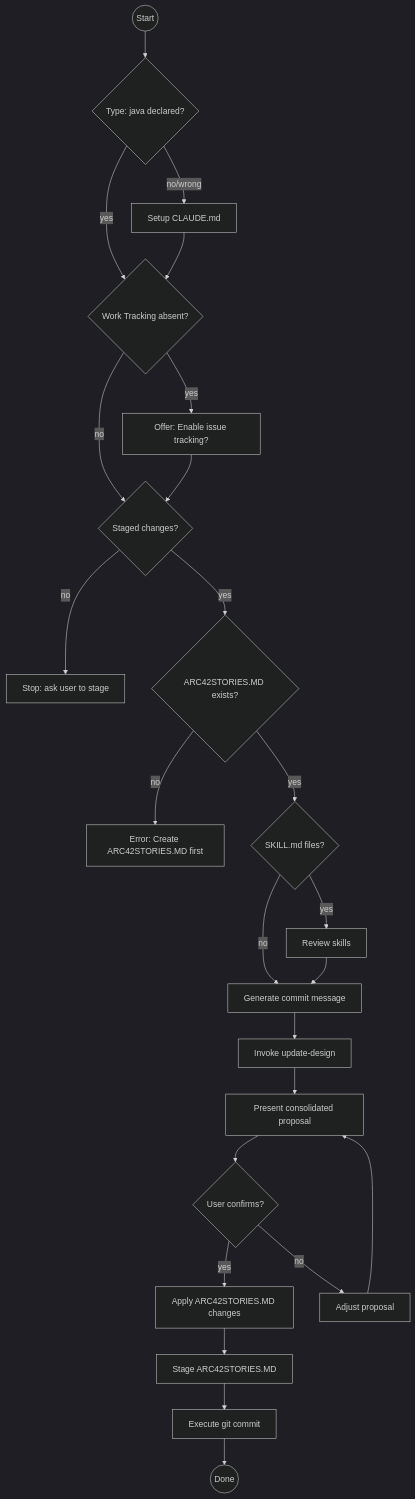
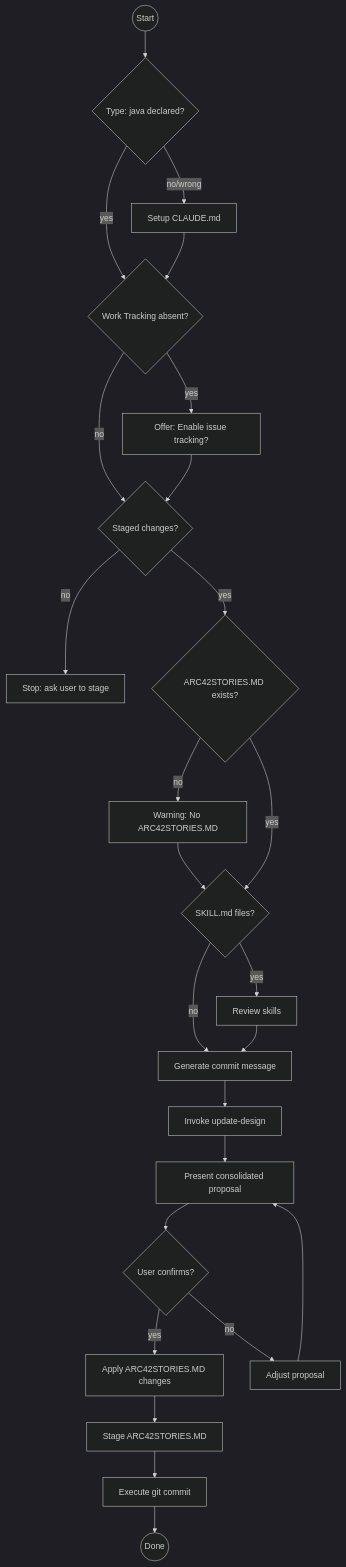
One commit to Hortora/soredium changed the diagram in git-commit/java.md. Above: the diagram before and after it, drawn with Mermaid (dark theme). The commit also changed other lines of this file and 79 other files, not shown here.

````diff
--- a/git-commit/java.md
+++ b/git-commit/java.md
@@ -32,44 +32,45 @@
 ```mermaid
 flowchart TD
     Start((Start))
     Type__java_declared_{Type: java declared?}
     Setup_CLAUDE_md[Setup CLAUDE.md]
     Staged_changes_{Staged changes?}
     Stop__ask_user_to_stage[Stop: ask user to stage]
     DESIGN_md_exists_{ARC42STORIES.MD exists?}
-    Error__Create_DESIGN_md_first[Error: Create ARC42STORIES.MD first]
+    Warn__no_DESIGN_md[Warning: No ARC42STORIES.MD]
     SKILL_md_files_{SKILL.md files?}
     Review_skills[Review skills]
     Generate_commit_message[Generate commit message]
     Invoke_java_update_design[Invoke update-design]
     Present_consolidated_proposal[Present consolidated proposal]
     User_confirms_{User confirms?}
     Apply_DESIGN_md_changes[Apply ARC42STORIES.MD changes]
     Stage_DESIGN_md[Stage ARC42STORIES.MD]
     Execute_git_commit[Execute git commit]
     Done((Done))
     Adjust_proposal[Adjust proposal]
     Start --> Type__java_declared_
     Type__java_declared_ -->|no/wrong| Setup_CLAUDE_md
     Type__java_declared_ -->|yes| Work_Tracking_absent_
     Setup_CLAUDE_md --> Work_Tracking_absent_
     Work_Tracking_absent_{Work Tracking absent?} -->|yes| Offer_issue_tracking[Offer: Enable issue tracking?]
     Work_Tracking_absent_ -->|no| Staged_changes_
     Offer_issue_tracking --> Staged_changes_
     Staged_changes_ -->|no| Stop__ask_user_to_stage
     Staged_changes_ -->|yes| DESIGN_md_exists_
-    DESIGN_md_exists_ -->|no| Error__Create_DESIGN_md_first
+    DESIGN_md_exists_ -->|no| Warn__no_DESIGN_md
+    Warn__no_DESIGN_md --> SKILL_md_files_
     DESIGN_md_exists_ -->|yes| SKILL_md_files_
     SKILL_md_files_ -->|yes| Review_skills
     SKILL_md_files_ -->|no| Generate_commit_message
     Review_skills --> Generate_commit_message
     Generate_commit_message --> Invoke_java_update_design
     Invoke_java_update_design --> Present_consolidated_proposal
     Present_consolidated_proposal --> User_confirms_
     User_confirms_ -->|no| Adjust_proposal
     Adjust_proposal --> Present_consolidated_proposal
     User_confirms_ -->|yes| Apply_DESIGN_md_changes
     Apply_DESIGN_md_changes --> Stage_DESIGN_md
     Stage_DESIGN_md --> Execute_git_commit
     Execute_git_commit --> Done
 ```
````
